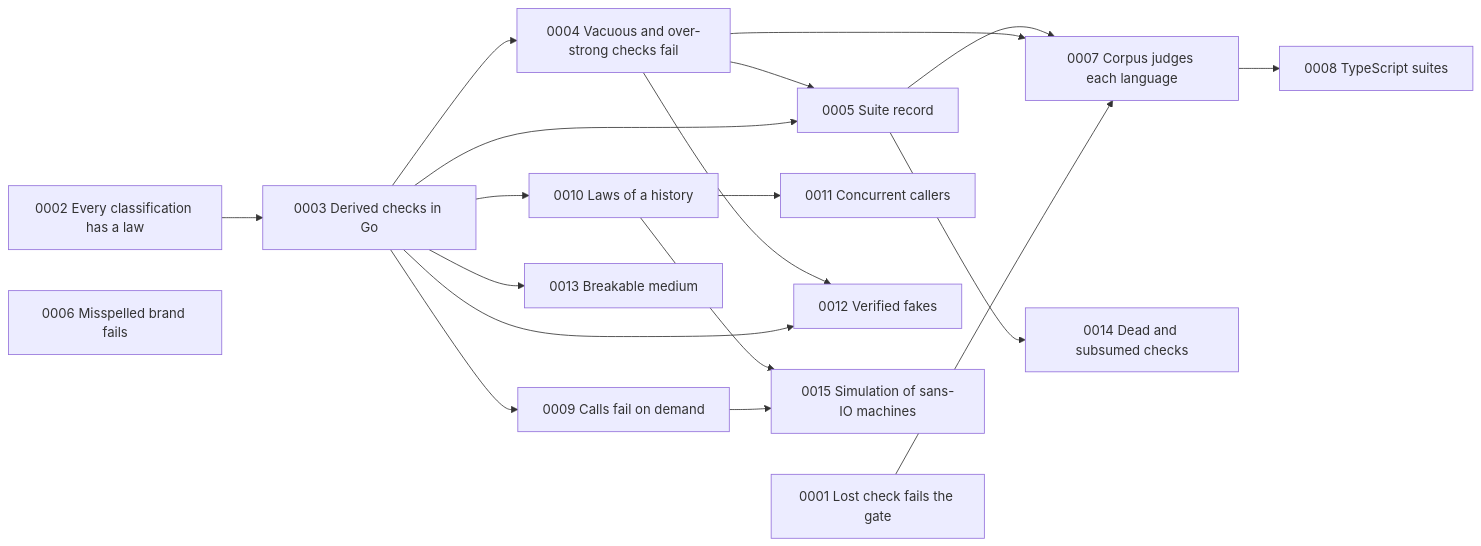
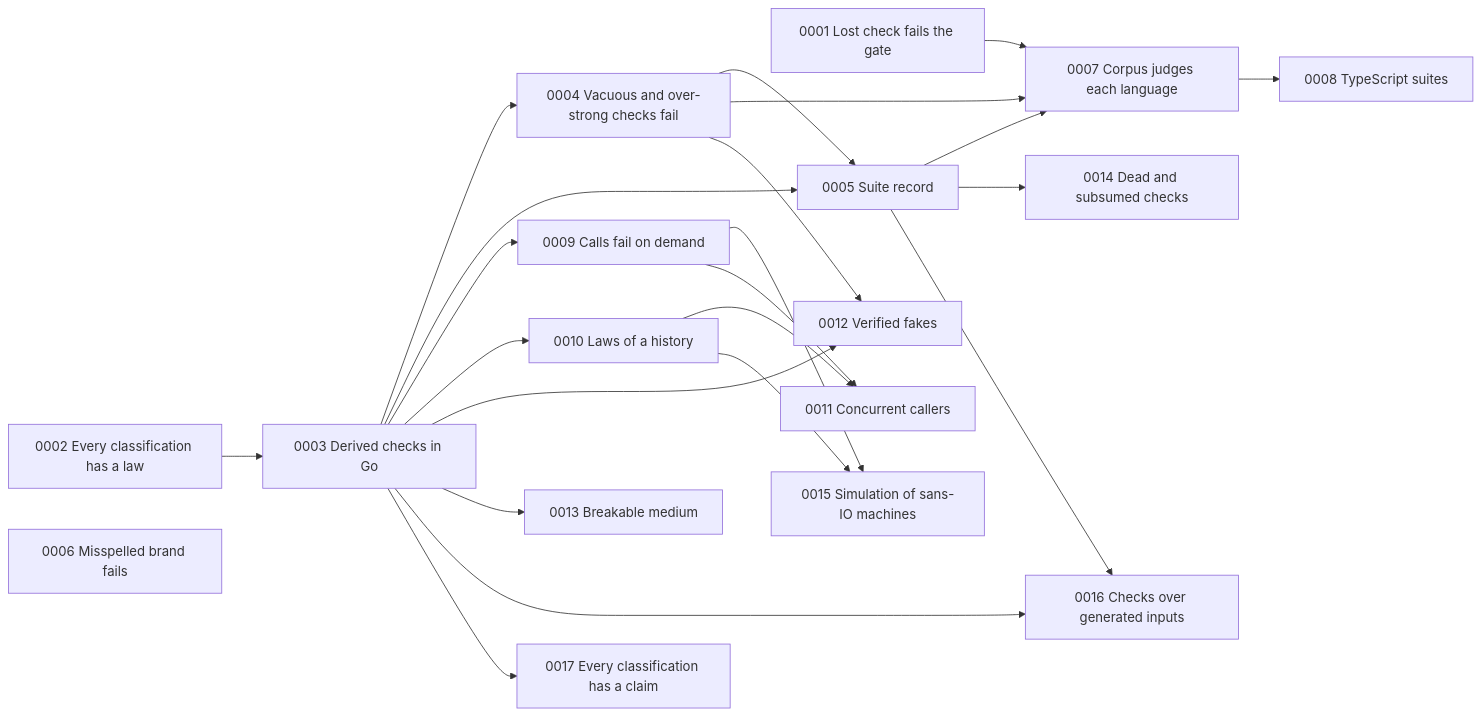
The diagram in docs/roadmap/README.md (dokimasia/dokimi), drawn with Mermaid before and after one commit. The commit also changed other lines of this file and 35 other files, not shown here.

````diff
--- a/docs/roadmap/README.md
+++ b/docs/roadmap/README.md
@@ -10,35 +10,41 @@
 ```mermaid
 flowchart LR
     M0001[0001 Lost check fails the gate]
     M0002[0002 Every classification has a law]
     M0003[0003 Derived checks in Go]
     M0004[0004 Vacuous and over-strong checks fail]
     M0005[0005 Suite record]
     M0006[0006 Misspelled brand fails]
     M0007[0007 Corpus judges each language]
     M0008[0008 TypeScript suites]
     M0009[0009 Calls fail on demand]
     M0010[0010 Laws of a history]
     M0011[0011 Concurrent callers]
     M0012[0012 Verified fakes]
     M0013[0013 Breakable medium]
     M0014[0014 Dead and subsumed checks]
     M0015[0015 Simulation of sans-IO machines]
+    M0016[0016 Checks over generated inputs]
+    M0017[0017 Every classification has a claim]
     M0002 --> M0003
     M0003 --> M0004
     M0003 --> M0005
     M0004 --> M0005
     M0001 --> M0007
     M0004 --> M0007
     M0005 --> M0007
     M0007 --> M0008
     M0003 --> M0009
     M0003 --> M0010
     M0010 --> M0011
     M0003 --> M0012
     M0004 --> M0012
     M0003 --> M0013
     M0005 --> M0014
     M0009 --> M0015
     M0010 --> M0015
+    M0003 --> M0016
+    M0005 --> M0016
+    M0003 --> M0017
+    M0009 --> M0011
 ```
````
